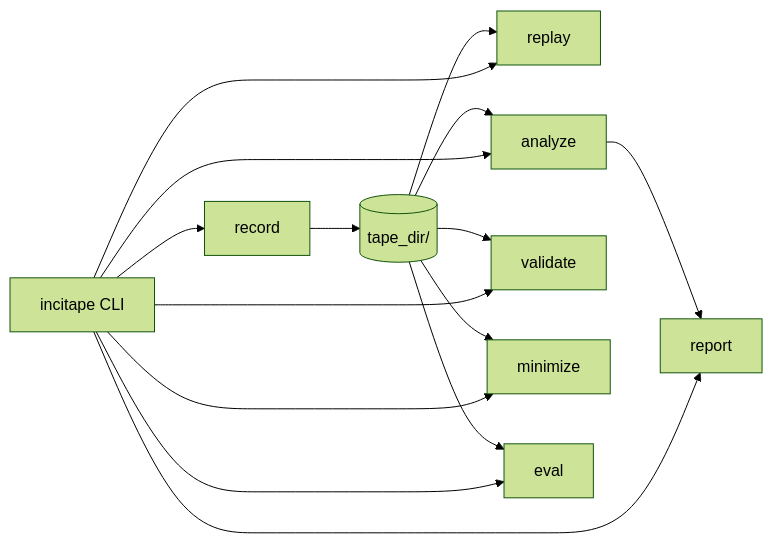
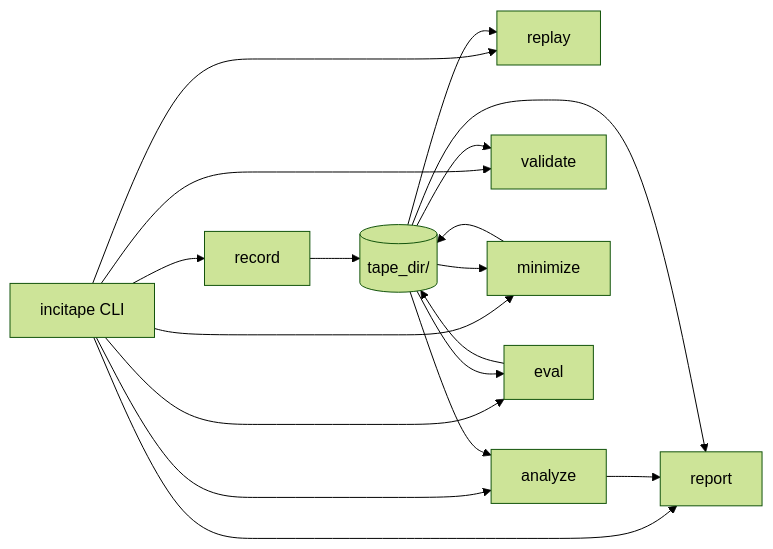
One commit to aliuyar1234/incitape changed the diagram in README.md. Above: the diagram before and after it, drawn with Mermaid (forest theme). The commit also changed other lines of this file, not shown here.

Commit message:
docs: move architecture overview up

````diff
--- a/README.md
+++ b/README.md
@@ -200,28 +31,31 @@
 ```mermaid
 flowchart LR
   CLI["incitape CLI"]
   REC["record"]
   REP["replay"]
   ANA["analyze"]
   RPT["report"]
   VAL["validate"]
   MIN["minimize"]
   EVAL["eval"]
   TAPE[(tape_dir/)]
 
   CLI --> REC
   CLI --> REP
   CLI --> ANA
   CLI --> RPT
   CLI --> VAL
   CLI --> MIN
   CLI --> EVAL
 
   REC --> TAPE
   TAPE --> REP
   TAPE --> ANA
+  ANA --> RPT
+  TAPE --> RPT
   TAPE --> VAL
   TAPE --> MIN
-  ANA --> RPT
+  MIN --> TAPE
   TAPE --> EVAL
+  EVAL --> TAPE
 ```
````
